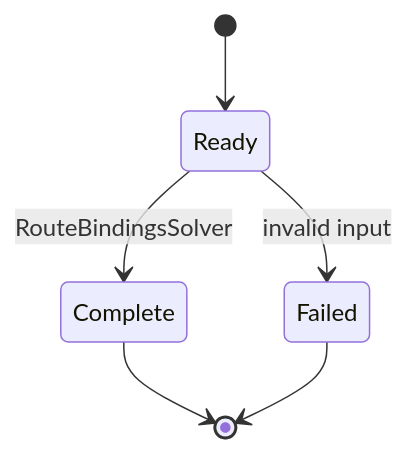
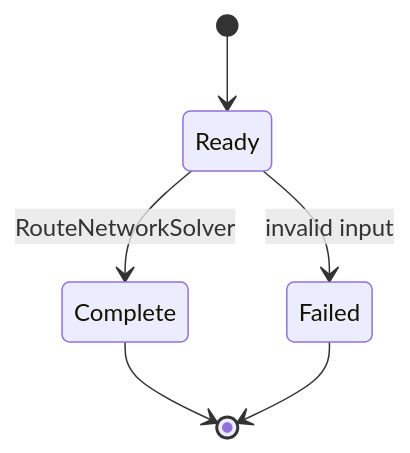
The second of 2 diagrams in README.md (ShiboSoftwareDev/signal-integrity-pipeline), drawn with Mermaid before and after one commit. The commit also changed other lines of this file and 23 other files, not shown here.

First line of the commit message:
feat: add RouteNetworkSolver

````diff
--- a/README.md
+++ b/README.md
@@ -23,8 +24,8 @@
 ```mermaid
 stateDiagram-v2
   [*] --> Ready
-  Ready --> Complete: RouteBindingsSolver
+  Ready --> Complete: RouteNetworkSolver
   Ready --> Failed: invalid input
   Complete --> [*]
   Failed --> [*]
 ```
````
